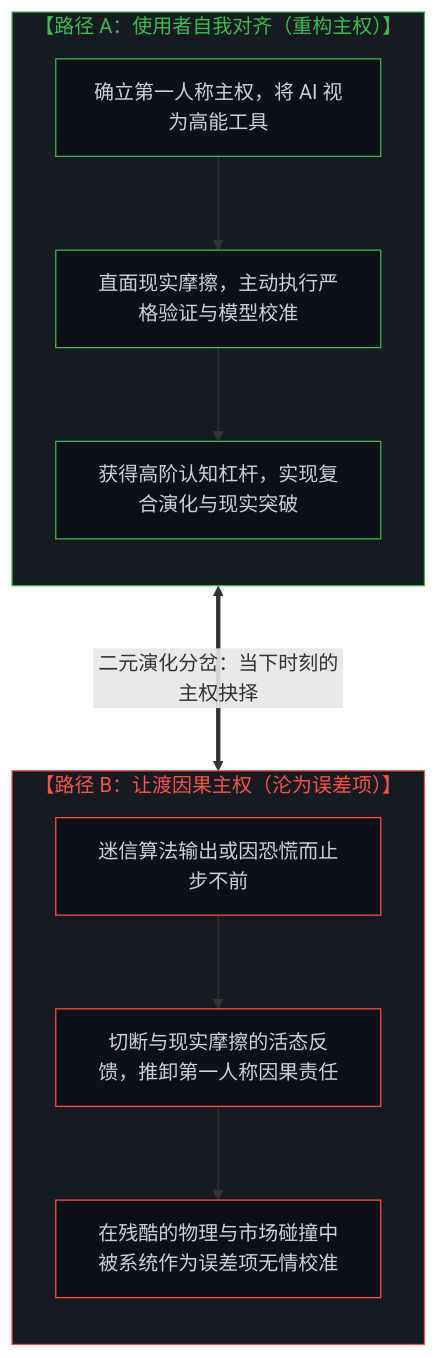
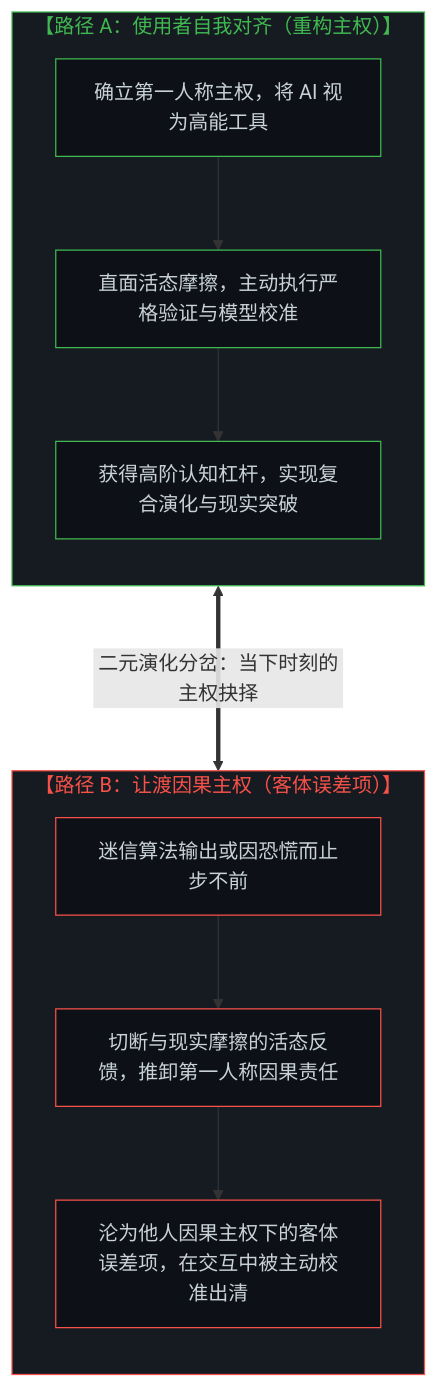
Before and after one commit to powerpig99/not-a-toe: the fifth of 6 diagrams in content/posts/from-the-misallocated-sentience-of-agi-to-human-realignment.md, drawn with Mermaid. The commit also changed other lines of this file and 5 other files, not shown here.

````diff
--- a/content/posts/from-the-misallocated-sentience-of-agi-to-human-realignment.md
+++ b/content/posts/from-the-misallocated-sentience-of-agi-to-human-realignment.md
@@ -221,29 +221,29 @@
 ```mermaid
 graph TD
     subgraph S_Realign["【路径 A：使用者自我对齐（重构主权）】"]
         direction TB
         RA1["确立第一人称主权，将 AI 视为高能工具"]
-        RA2["直面现实摩擦，主动执行严格验证与模型校准"]
+        RA2["直面活态摩擦，主动执行严格验证与模型校准"]
         RA3["获得高阶认知杠杆，实现复合演化与现实突破"]
         RA1 --> RA2 --> RA3
     end
 
-    subgraph S_Error["【路径 B：让渡因果主权（沦为误差项）】"]
+    subgraph S_Error["【路径 B：让渡因果主权（客体误差项）】"]
         direction TB
         ER1["迷信算法输出或因恐慌而止步不前"]
         ER2["切断与现实摩擦的活态反馈，推卸第一人称因果责任"]
-        ER3["在残酷的物理与市场碰撞中被系统作为误差项无情校准"]
+        ER3["沦为他人因果主权下的客体误差项，在交互中被主动校准出清"]
         ER1 --> ER2 --> ER3
     end
 
     S_Realign <===>|"二元演化分岔：当下时刻的主权抉择"| S_Error
 
     style S_Realign fill:#161b22,stroke:#3fb950,stroke-width:1px,color:#3fb950
     style S_Error fill:#161b22,stroke:#f85149,stroke-width:1px,color:#f85149
     style RA1 fill:#0d1117,stroke:#3fb950,stroke-width:1px,color:#c9d1d9
     style RA2 fill:#0d1117,stroke:#3fb950,stroke-width:1px,color:#c9d1d9
     style RA3 fill:#0d1117,stroke:#3fb950,stroke-width:1px,color:#c9d1d9
     style ER1 fill:#0d1117,stroke:#f85149,stroke-width:1px,color:#c9d1d9
     style ER2 fill:#0d1117,stroke:#f85149,stroke-width:1px,color:#c9d1d9
     style ER3 fill:#0d1117,stroke:#f85149,stroke-width:1px,color:#c9d1d9
 ```
````
